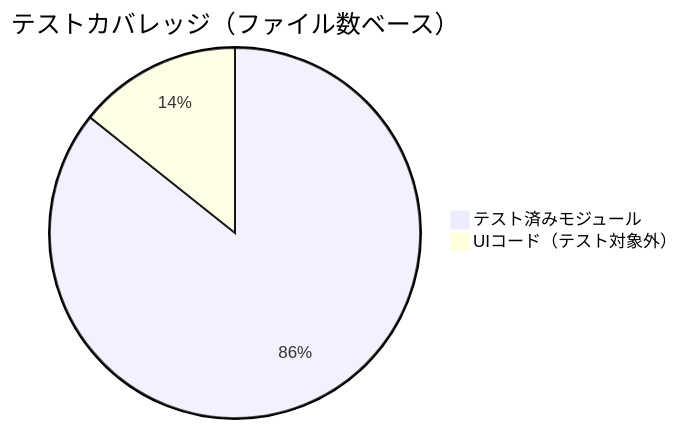
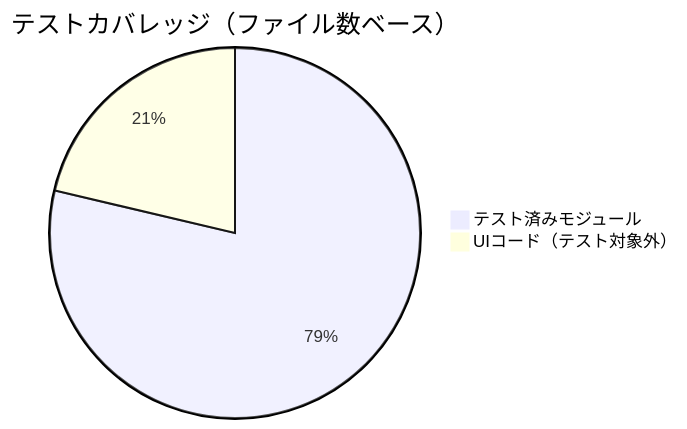
Before and after one commit to tanaton/mendo: diagram 21 of 27 in example/test.md, drawn with Mermaid. The commit also changed other lines of this file and 2 other files, not shown here.

````diff
--- a/example/test.md
+++ b/example/test.md
@@ -3135,5 +3312,5 @@
 ```mermaid
 pie title テストカバレッジ（ファイル数ベース）
-    "テスト済みモジュール" : 60
-    "UIコード（テスト対象外）" : 10
+    "テスト済みモジュール" : 48
+    "UIコード（テスト対象外）" : 13
 ```
````
